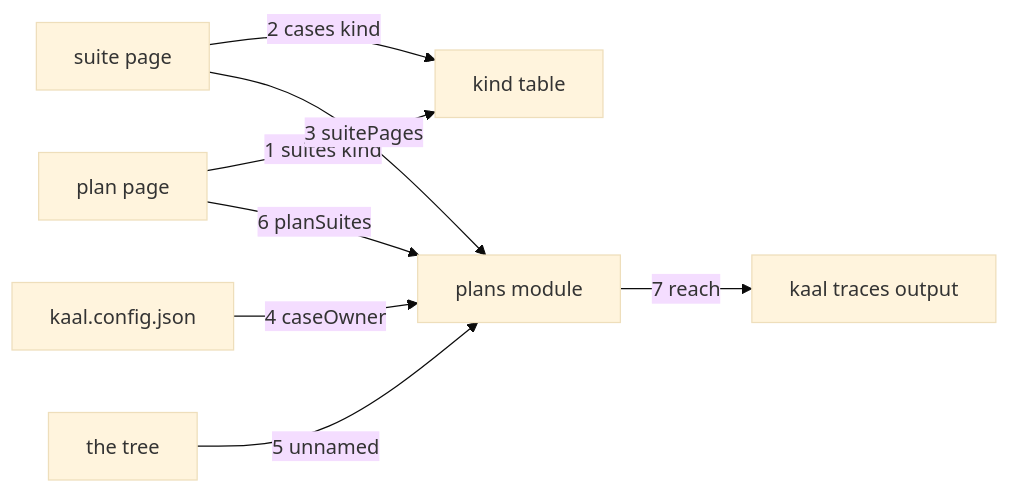
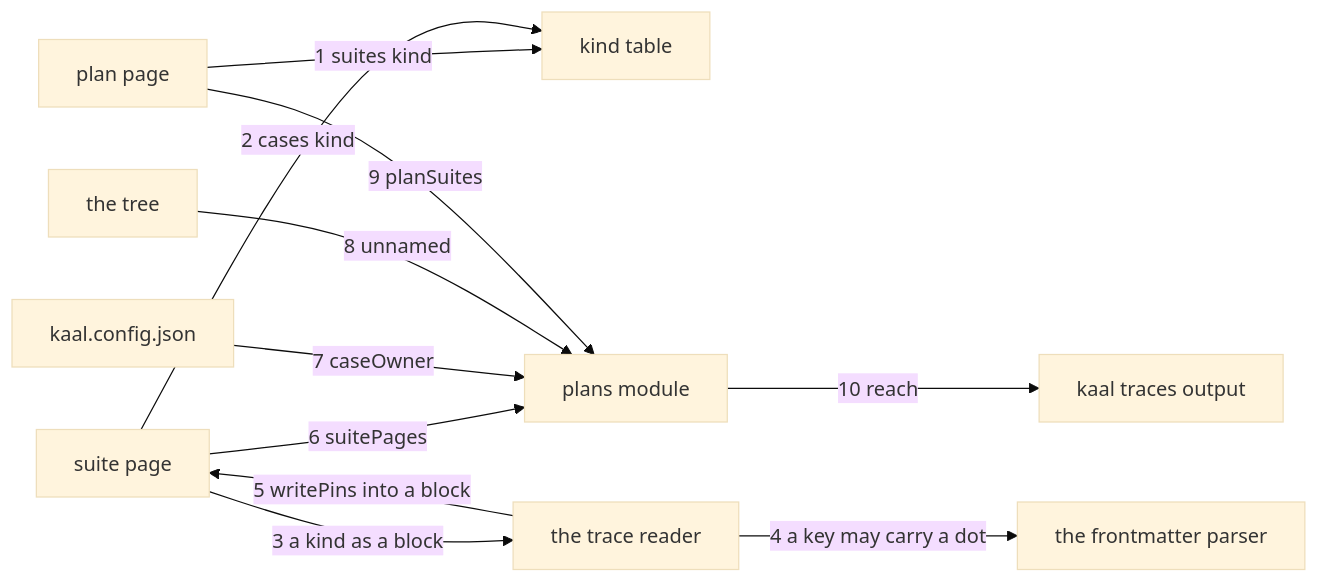
The diagram in architecture/a-suite-names-its-cases/drawing.md (ChBrain/KAAL), drawn with Mermaid (base theme) before and after one commit. The commit also changed other lines of this file and 2 other files, not shown here.

````diff
--- a/architecture/a-suite-names-its-cases/drawing.md
+++ b/architecture/a-suite-names-its-cases/drawing.md
@@ -62,10 +64,13 @@
 ```mermaid
 flowchart LR
   P["plan page"] -- "1 suites kind" --> K["kind table"]
   S["suite page"] -- "2 cases kind" --> K
-  S -- "3 suitePages" --> M["plans module"]
-  C["kaal.config.json"] -- "4 caseOwner" --> M
-  T["the tree"] -- "5 unnamed" --> M
-  P -- "6 planSuites" --> M
-  M -- "7 reach" --> O["kaal traces output"]
+  S -- "3 a kind as a block" --> R["the trace reader"]
+  R -- "4 a key may carry a dot" --> F["the frontmatter parser"]
+  R -- "5 writePins into a block" --> S
+  S -- "6 suitePages" --> M["plans module"]
+  C["kaal.config.json"] -- "7 caseOwner" --> M
+  T["the tree"] -- "8 unnamed" --> M
+  P -- "9 planSuites" --> M
+  M -- "10 reach" --> O["kaal traces output"]
 ```
````
